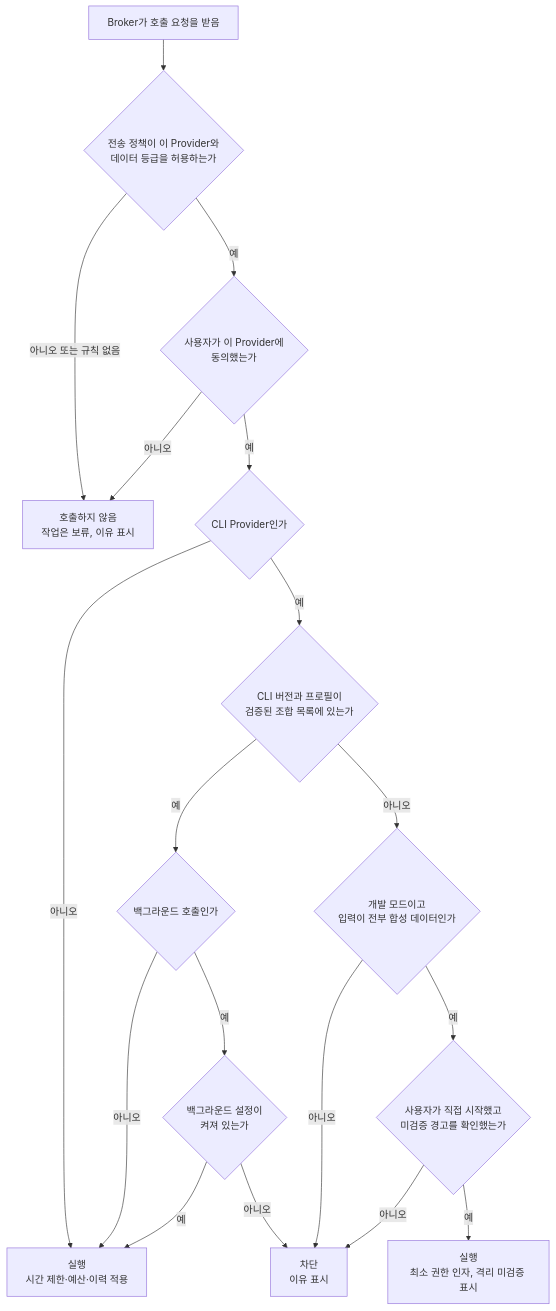
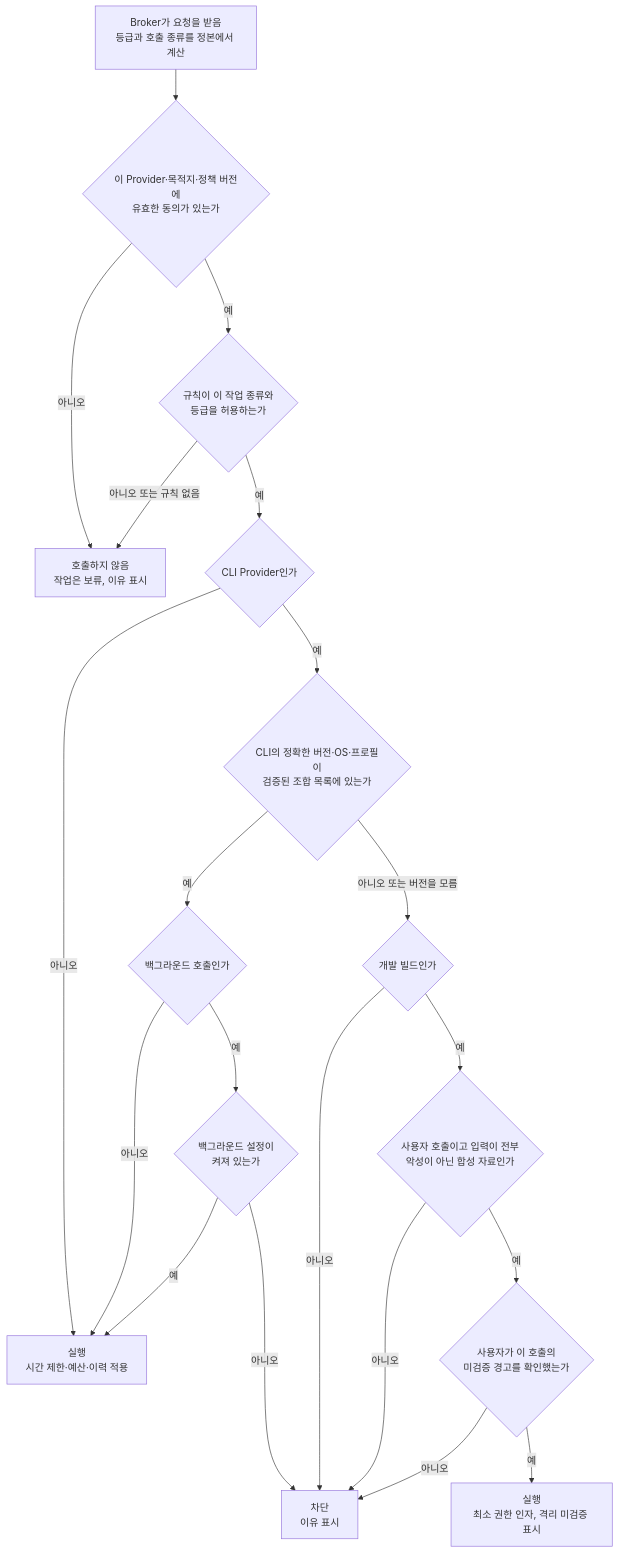
The first of 3 diagrams in docs/specs/2026-11-21-V01-vertical-skeleton.md (nohdol97/PKI), drawn with Mermaid before and after one commit. The commit also changed other lines of this file and 13 other files, not shown here.

````diff
--- a/docs/specs/2026-11-21-V01-vertical-skeleton.md
+++ b/docs/specs/2026-11-21-V01-vertical-skeleton.md
@@ -102,20 +109,22 @@
 ```mermaid
 flowchart TD
-  REQ["Broker가 호출 요청을 받음"] --> EG{"전송 정책이 이 Provider와<br/>데이터 등급을 허용하는가"}
-  EG -->|"아니오 또는 규칙 없음"| DENY["호출하지 않음<br/>작업은 보류, 이유 표시"]
-  EG -->|"예"| CONS{"사용자가 이 Provider에<br/>동의했는가"}
-  CONS -->|"아니오"| DENY
-  CONS -->|"예"| TR{"CLI Provider인가"}
+  REQ["Broker가 요청을 받음<br/>등급과 호출 종류를 정본에서 계산"] --> CONS{"이 Provider·목적지·정책 버전에<br/>유효한 동의가 있는가"}
+  CONS -->|"아니오"| DENY["호출하지 않음<br/>작업은 보류, 이유 표시"]
+  CONS -->|"예"| RULE{"규칙이 이 작업 종류와<br/>등급을 허용하는가"}
+  RULE -->|"아니오 또는 규칙 없음"| DENY
+  RULE -->|"예"| TR{"CLI Provider인가"}
   TR -->|"아니오"| RUN["실행<br/>시간 제한·예산·이력 적용"]
-  TR -->|"예"| VER{"CLI 버전과 프로필이<br/>검증된 조합 목록에 있는가"}
+  TR -->|"예"| VER{"CLI의 정확한 버전·OS·프로필이<br/>검증된 조합 목록에 있는가"}
   VER -->|"예"| BG{"백그라운드 호출인가"}
   BG -->|"아니오"| RUN
   BG -->|"예"| BGON{"백그라운드 설정이<br/>켜져 있는가"}
   BGON -->|"예"| RUN
   BGON -->|"아니오"| BLOCK["차단<br/>이유 표시"]
-  VER -->|"아니오"| DEV{"개발 모드이고<br/>입력이 전부 합성 데이터인가"}
+  VER -->|"아니오 또는 버전을 모름"| DEV{"개발 빌드인가"}
   DEV -->|"아니오"| BLOCK
-  DEV -->|"예"| ACK{"사용자가 직접 시작했고<br/>미검증 경고를 확인했는가"}
+  DEV -->|"예"| SYN{"사용자 호출이고 입력이 전부<br/>악성이 아닌 합성 자료인가"}
+  SYN -->|"아니오"| BLOCK
+  SYN -->|"예"| ACK{"사용자가 이 호출의<br/>미검증 경고를 확인했는가"}
   ACK -->|"아니오"| BLOCK
   ACK -->|"예"| RUNU["실행<br/>최소 권한 인자, 격리 미검증 표시"]
 ```
````
